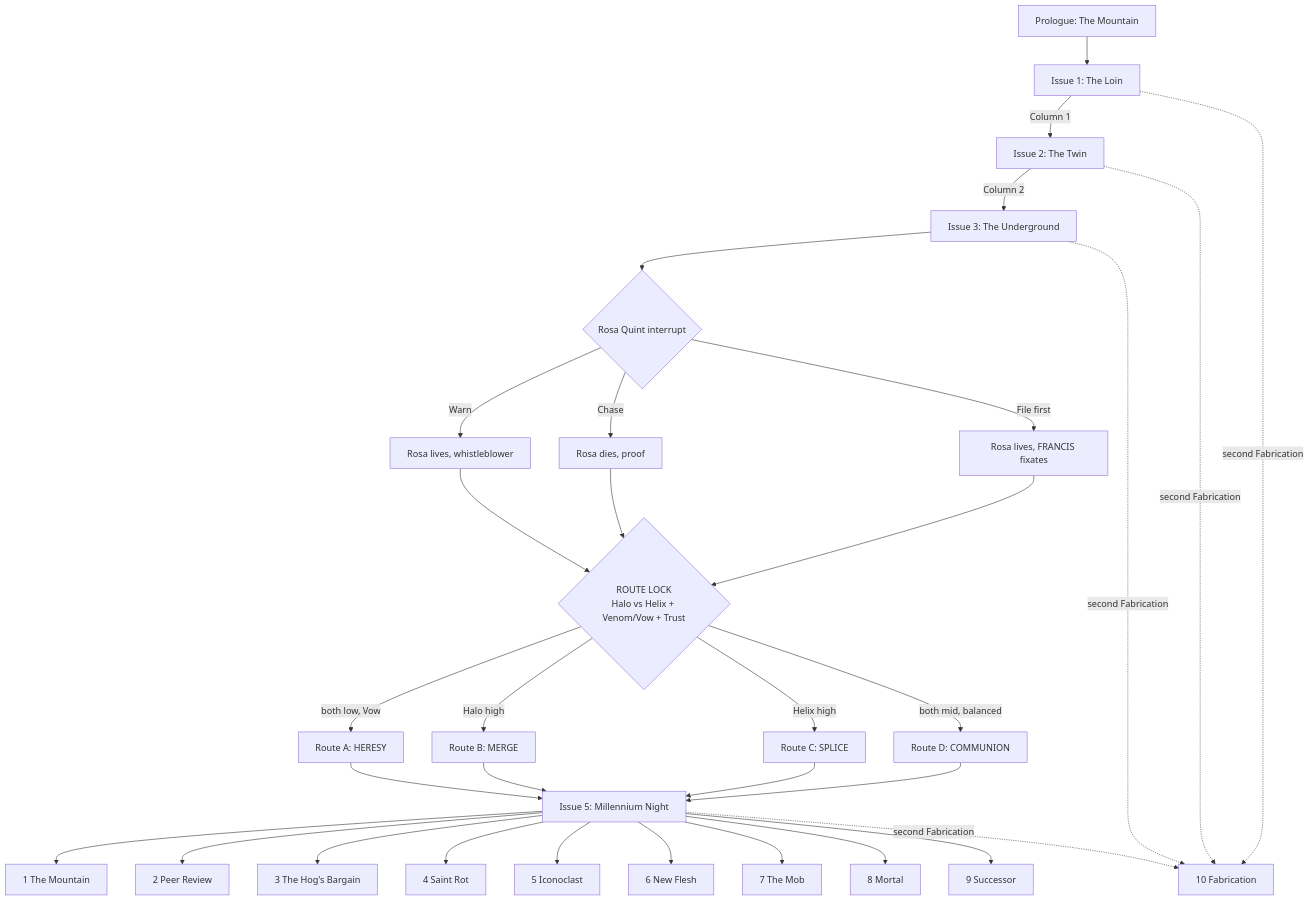
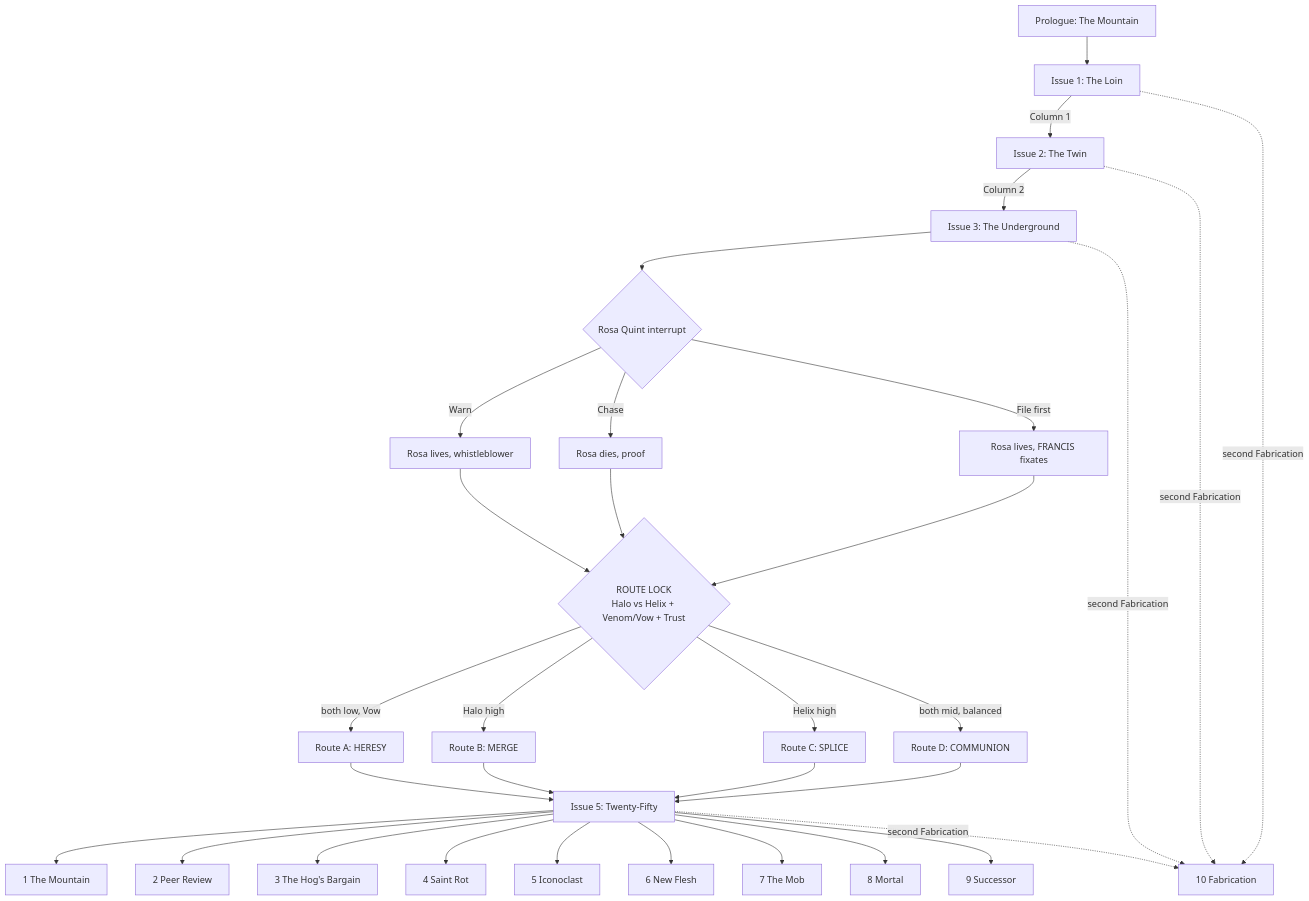
The diagram in docs/hellrot-design.md (ThatMrE/aileron-games), drawn with Mermaid before and after one commit. The commit also changed other lines of this file and 2 other files, not shown here.

````diff
--- a/docs/hellrot-design.md
+++ b/docs/hellrot-design.md
@@ -606,26 +646,26 @@
 ```mermaid
 flowchart TD
   P[Prologue: The Mountain] --> I1[Issue 1: The Loin]
   I1 -->|Column 1| I2[Issue 2: The Twin]
   I2 -->|Column 2| I3[Issue 3: The Underground]
   I3 --> R{Rosa Quint interrupt}
   R -->|Warn| I3a[Rosa lives, whistleblower]
   R -->|Chase| I3b[Rosa dies, proof]
   R -->|File first| I3c[Rosa lives, FRANCIS fixates]
   I3a & I3b & I3c --> L{ROUTE LOCK<br/>Halo vs Helix + Venom/Vow + Trust}
   L -->|both low, Vow| A[Route A: HERESY]
   L -->|Halo high| B[Route B: MERGE]
   L -->|Helix high| C[Route C: SPLICE]
   L -->|both mid, balanced| D[Route D: COMMUNION]
-  A & B & C & D --> M[Issue 5: Millennium Night]
+  A & B & C & D --> M[Issue 5: Twenty-Fifty]
   M --> X1[1 The Mountain]
   M --> X2[2 Peer Review]
   M --> X3[3 The Hog's Bargain]
   M --> X4[4 Saint Rot]
   M --> X5[5 Iconoclast]
   M --> X6[6 New Flesh]
   M --> X7[7 The Mob]
   M --> X8[8 Mortal]
   M --> X9[9 Successor]
   I1 & I2 & I3 & M -.->|second Fabrication| X10[10 Fabrication]
 ```
````
